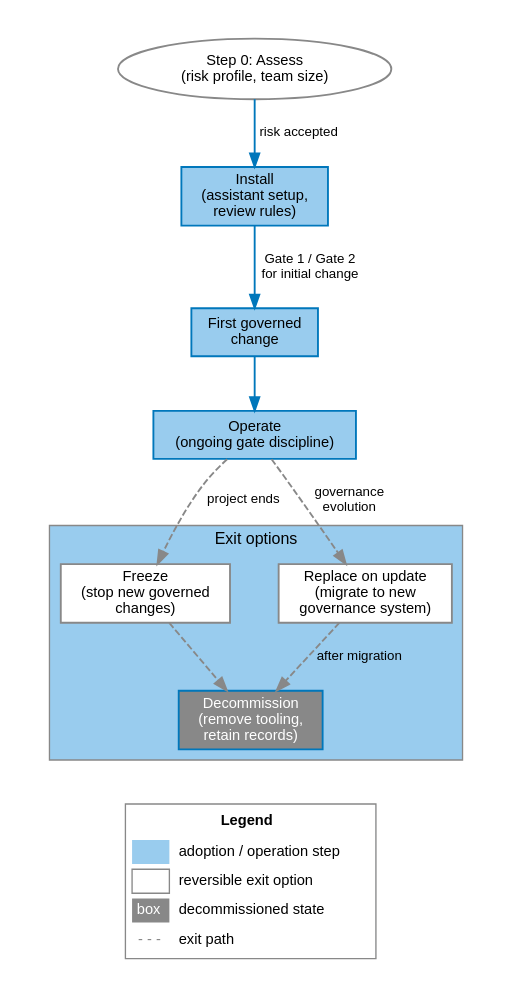
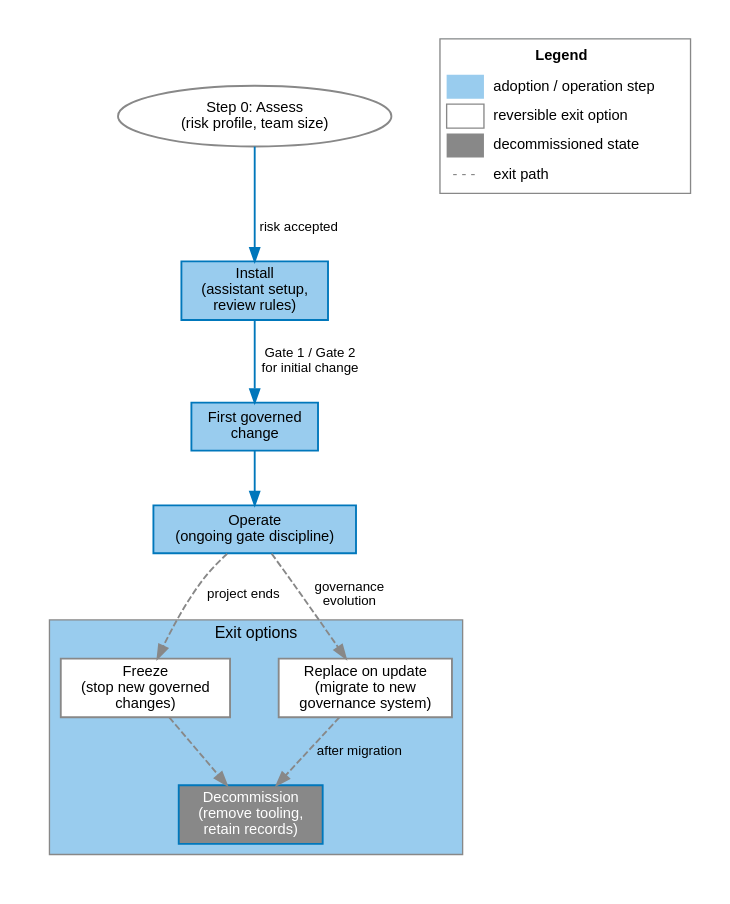
The diagram in agf/docs/figures/src/adoption-exit-flow.dot (janipaijanen/agf-mirror), drawn with Graphviz before and after one commit. The commit also changed 15 other files, not shown here.

First line of the commit message:
fix: remove leftover shape-name text from diagram legend swatches

```diff
--- a/agf/docs/figures/src/adoption-exit-flow.dot
+++ b/agf/docs/figures/src/adoption-exit-flow.dot
@@ -1,53 +1,53 @@
 // SPDX-License-Identifier: CC-BY-SA-4.0
 // agents-govern: adoption impact and exit/decommission flow
 // Generate: dot -Tsvg adoption-exit-flow.dot -o ../adoption-exit-flow.svg
 digraph adoption_exit {
     graph [rankdir=TB, splines=spline, pad=0.3, nodesep=0.5, ranksep=0.55,
            bgcolor=white, fontname="Helvetica", fontsize=12]
     node  [fontname="Helvetica", fontsize=11, style=filled, shape=box,
            fillcolor="#99CCEE", color="#0077BB", penwidth=1.4]
     edge  [fontname="Helvetica", fontsize=10, color="#0077BB", penwidth=1.4]
 
     assess   [label="Step 0: Assess\n(risk profile, team size)", shape=ellipse,
               fillcolor=white, color="#888888"]
     install  [label="Install\n(assistant setup,\nreview rules)"]
     first    [label="First governed\nchange"]
     operate  [label="Operate\n(ongoing gate discipline)"]
 
     subgraph cluster_exit {
         label="Exit options"
         style=filled
         fillcolor="#99CCEE"
         color="#888888"
         fontname="Helvetica"
         fontsize=12
 
         freeze   [label="Freeze\n(stop new governed\nchanges)", fillcolor=white,
                   color="#888888"]
         replace  [label="Replace on update\n(migrate to new\ngovernance system)",
                   fillcolor=white, color="#888888"]
         decomm   [label="Decommission\n(remove tooling,\nretain records)",
                   fillcolor="#888888", fontcolor=white]
     }
 
     assess   -> install  [label="risk accepted"]
     install  -> first    [label="Gate 1 / Gate 2\nfor initial change"]
     first    -> operate
     operate  -> freeze   [label="project ends", style=dashed, color="#888888"]
     operate  -> replace  [label="governance\nevolution", style=dashed,
                           color="#888888"]
     freeze   -> decomm   [style=dashed, color="#888888"]
     replace  -> decomm   [style=dashed, color="#888888",
                           label="after migration"]
 
     legend [shape=plain, label=<
         <TABLE BORDER="1" CELLBORDER="0" CELLSPACING="4" CELLPADDING="3" COLOR="#888888" BGCOLOR="white">
             <TR><TD COLSPAN="2"><B>Legend</B></TD></TR>
             <TR><TD BGCOLOR="#99CCEE" WIDTH="28"></TD><TD ALIGN="LEFT">adoption / operation step</TD></TR>
             <TR><TD BORDER="1" COLOR="#888888" WIDTH="28"></TD><TD ALIGN="LEFT">reversible exit option</TD></TR>
-            <TR><TD BGCOLOR="#888888" WIDTH="28"><FONT COLOR="white">box</FONT></TD><TD ALIGN="LEFT">decommissioned state</TD></TR>
+            <TR><TD BGCOLOR="#888888" WIDTH="28"></TD><TD ALIGN="LEFT">decommissioned state</TD></TR>
             <TR><TD><FONT COLOR="#888888">- - -</FONT></TD><TD ALIGN="LEFT">exit path</TD></TR>
         </TABLE>
     >]
-    decomm -> legend [style=invis]
+    {rank=same; legend; assess}
 }
```
